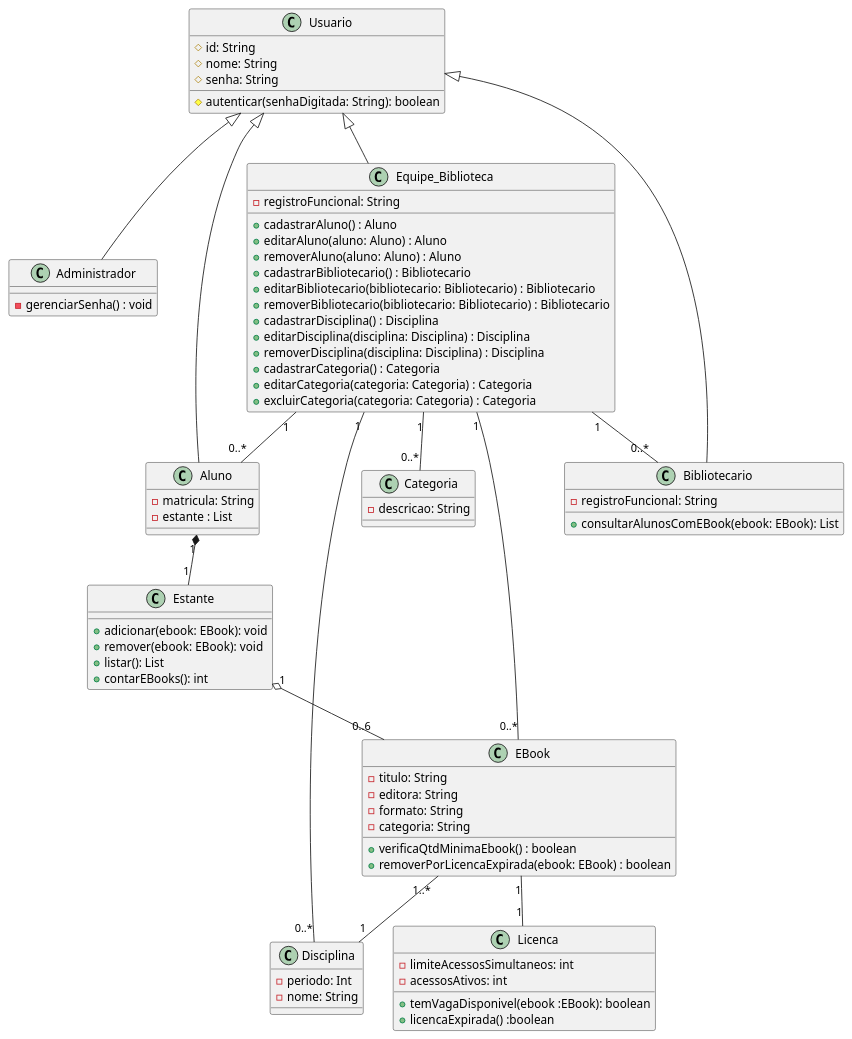
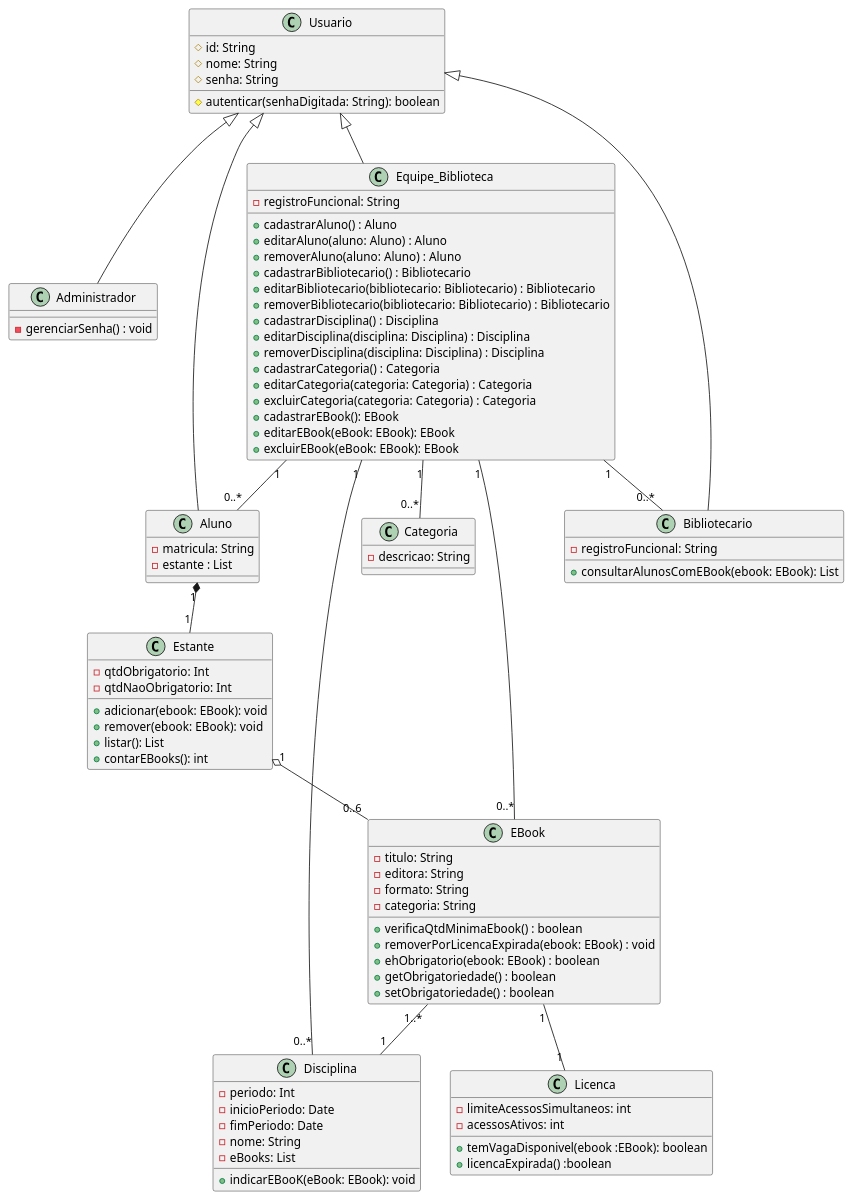
One commit to brunokilo/lab01-ebooks-biblioteca changed the diagram in docs/diagramas/diagrama-de-classe.puml. Above: the diagram before and after it, drawn with PlantUML.

Commit message:
diagramas: atualização do diagrama de classe com novos métodos e ajustes nas classes EBook e Estante

```diff
--- a/docs/diagramas/diagrama-de-classe.puml
+++ b/docs/diagramas/diagrama-de-classe.puml
@@ -1,87 +1,98 @@
 @startuml diagrama_de_classes_ebooks
 
 class Usuario {
   #id: String
   #nome: String
   #senha: String
   #autenticar(senhaDigitada: String): boolean
 }
 
 class Administrador{
   -gerenciarSenha() : void
 }
 
 class Aluno {
   -matricula: String
   -estante : List
 }
 
 class Bibliotecario {
   -registroFuncional: String
   +consultarAlunosComEBook(ebook: EBook): List
 }
 
 class Equipe_Biblioteca{
   -registroFuncional: String
   +cadastrarAluno() : Aluno
   +editarAluno(aluno: Aluno) : Aluno
   +removerAluno(aluno: Aluno) : Aluno
   +cadastrarBibliotecario() : Bibliotecario
   +editarBibliotecario(bibliotecario: Bibliotecario) : Bibliotecario
   +removerBibliotecario(bibliotecario: Bibliotecario) : Bibliotecario
   +cadastrarDisciplina() : Disciplina
   +editarDisciplina(disciplina: Disciplina) : Disciplina
   +removerDisciplina(disciplina: Disciplina) : Disciplina
   +cadastrarCategoria() : Categoria
   +editarCategoria(categoria: Categoria) : Categoria
   +excluirCategoria(categoria: Categoria) : Categoria
-
+  +cadastrarEBook(): EBook
+  +editarEBook(eBook: EBook): EBook
+  +excluirEBook(eBook: EBook): EBook
 }
 
 class Disciplina{
   -periodo: Int
+  -inicioPeriodo: Date
+  -fimPeriodo: Date
   -nome: String
+  -eBooks: List
+  +indicarEBooK(eBook: EBook): void
 }
 
 class Categoria{
   -descricao: String
 }
 
 class EBook {
   -titulo: String
   -editora: String
   -formato: String
   -categoria: String
   +verificaQtdMinimaEbook() : boolean
-  +removerPorLicencaExpirada(ebook: EBook) : boolean
+  +removerPorLicencaExpirada(ebook: EBook) : void
+  +ehObrigatorio(ebook: EBook) : boolean
+  +getObrigatoriedade() : boolean
+  +setObrigatoriedade() : boolean
 }
 
 class Licenca {
   -limiteAcessosSimultaneos: int
   -acessosAtivos: int
   +temVagaDisponivel(ebook :EBook): boolean
   +licencaExpirada() :boolean
 }
 
 class Estante {
+  -qtdObrigatorio: Int
+  -qtdNaoObrigatorio: Int
   +adicionar(ebook: EBook): void
   +remover(ebook: EBook): void
   +listar(): List
   +contarEBooks(): int
 }
 
 Usuario <|-- Aluno
 Usuario <|-- Bibliotecario
 Usuario <|-- Equipe_Biblioteca
 Usuario <|-- Administrador
 
 Aluno "1" *-- "1" Estante
 Estante "1" o-- "0..6" EBook
 EBook "1" -- "1" Licenca
 EBook "1..*" -- "1" Disciplina
 Equipe_Biblioteca "1" -- "0..*" Aluno
 Equipe_Biblioteca "1" -- "0..*" Bibliotecario
 Equipe_Biblioteca "1" -- "0..*" EBook
 Equipe_Biblioteca "1" -- "0..*" Disciplina
 Equipe_Biblioteca "1" -- "0..*" Categoria
 @enduml
```
